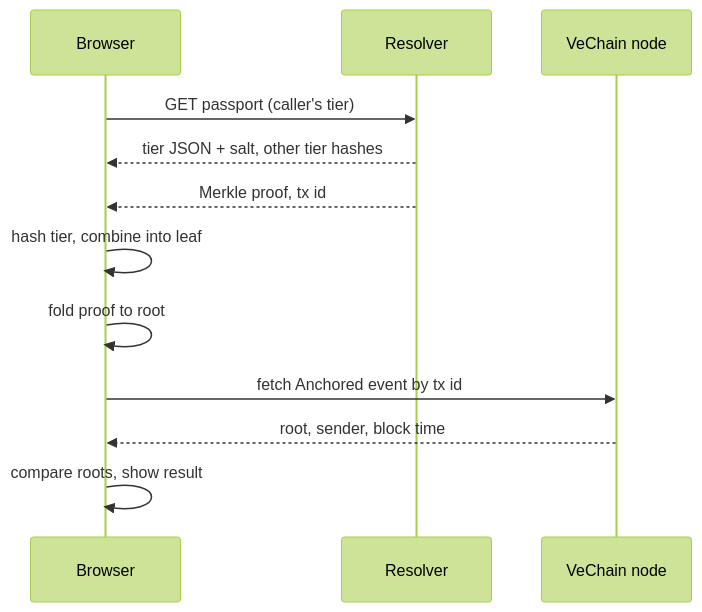
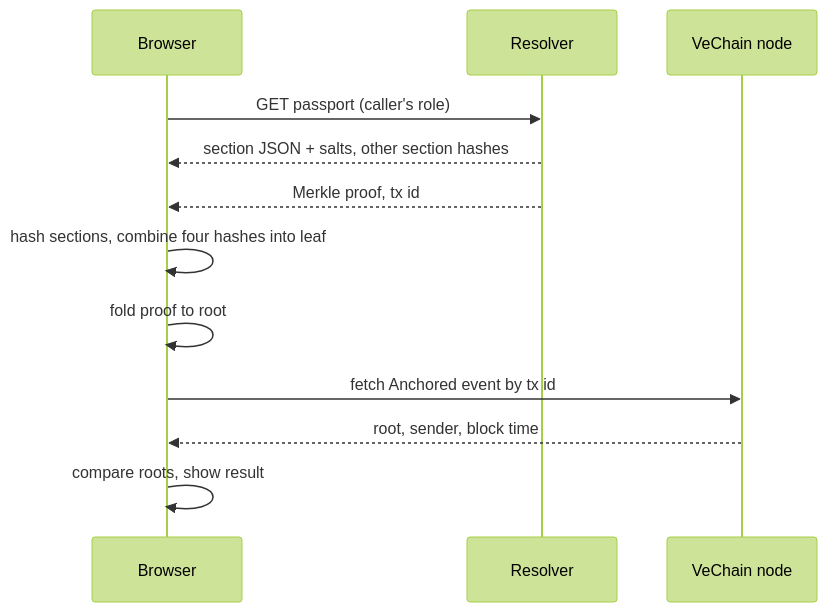
Before and after one commit to openpassant/openpassant: the second of 2 diagrams in docs/hld.md, drawn with Mermaid (forest theme). The commit also changed other lines of this file and 1 other file, not shown here.

````diff
--- a/docs/hld.md
+++ b/docs/hld.md
@@ -138,14 +139,14 @@
 ```mermaid
 sequenceDiagram
   participant U as Browser
   participant R as Resolver
   participant N as VeChain node
-  U->>R: GET passport (caller's tier)
-  R-->>U: tier JSON + salt, other tier hashes
+  U->>R: GET passport (caller's role)
+  R-->>U: section JSON + salts, other section hashes
   R-->>U: Merkle proof, tx id
-  U->>U: hash tier, combine into leaf
+  U->>U: hash sections, combine four hashes into leaf
   U->>U: fold proof to root
   U->>N: fetch Anchored event by tx id
   N-->>U: root, sender, block time
   U->>U: compare roots, show result
 ```
````
